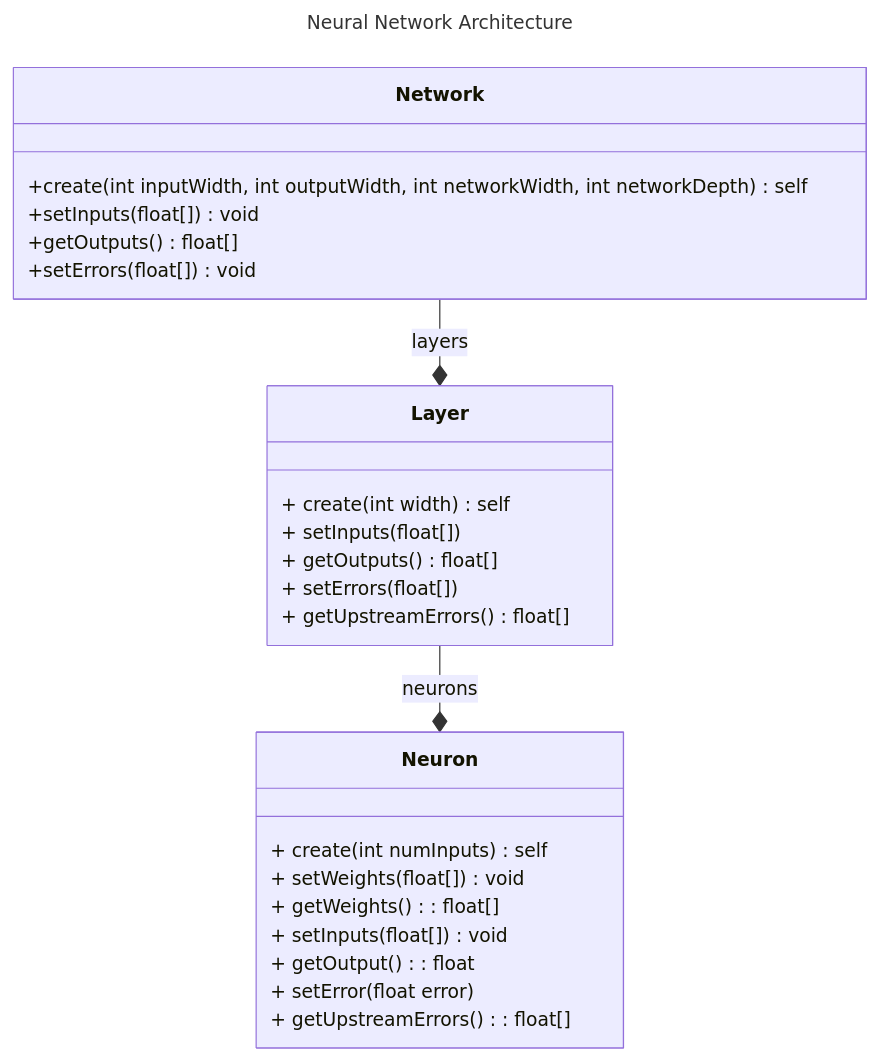
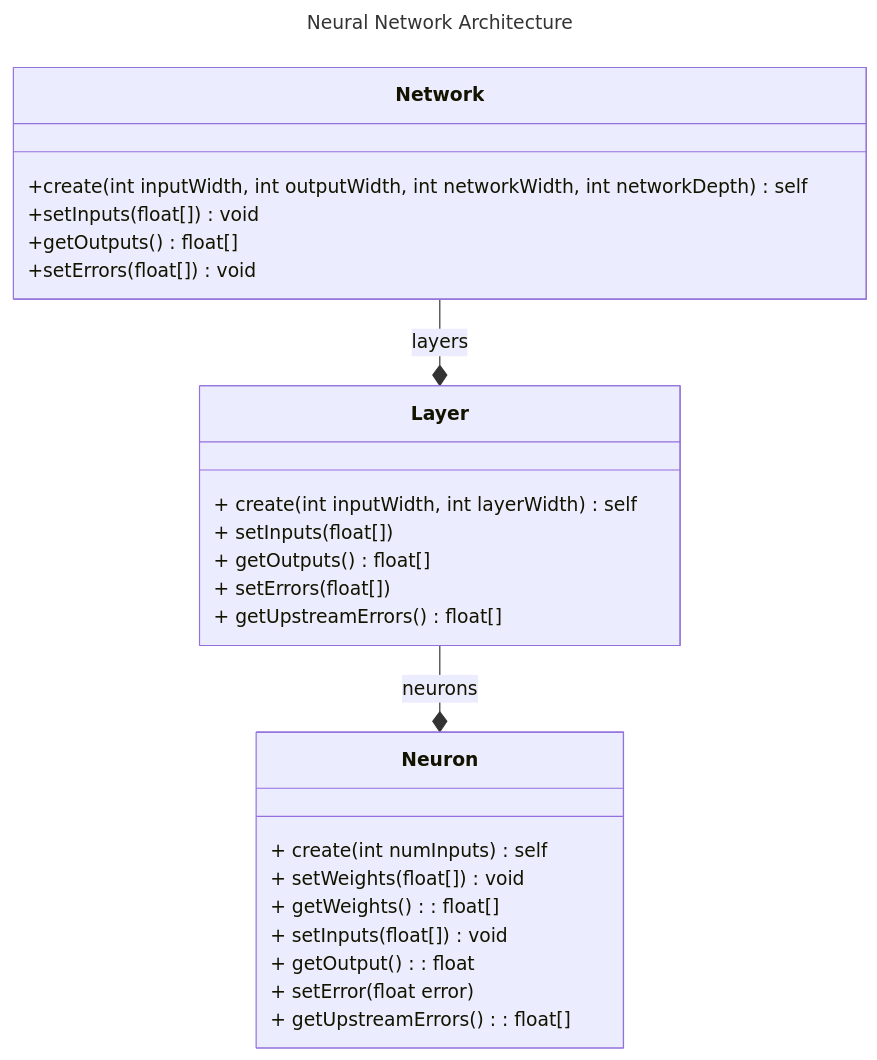
The diagram in Readme.md (mficzel/NeuralNetworkPlayground), drawn with Mermaid before and after one commit.

````diff
--- a/Readme.md
+++ b/Readme.md
@@ -1,39 +1,39 @@
 ```mermaid
 ---
 title: Neural Network Architecture
 ---
 classDiagram
 
   class Network {
      +create(int inputWidth, int outputWidth, int networkWidth, int networkDepth) self
 
      +setInputs(float[]) void
      +getOutputs() float[]
 
      +setErrors(float[]) void
   }
 
   class Layer {
-     + create(int width) self
+     + create(int inputWidth, int layerWidth) self
 
      + setInputs(float[])
      + getOutputs() float[]
      
      + setErrors(float[])
      + getUpstreamErrors() float[]
   }
 
   class Neuron {
      + create(int numInputs) self
      + setWeights(float[]) void
      + getWeights(): float[]
      + setInputs(float[]) void
      + getOutput(): float
 
      + setError(float error)
      + getUpstreamErrors(): float[]
   }
 
   Network --* Layer : layers
   Layer --* Neuron : neurons
 ```
````
